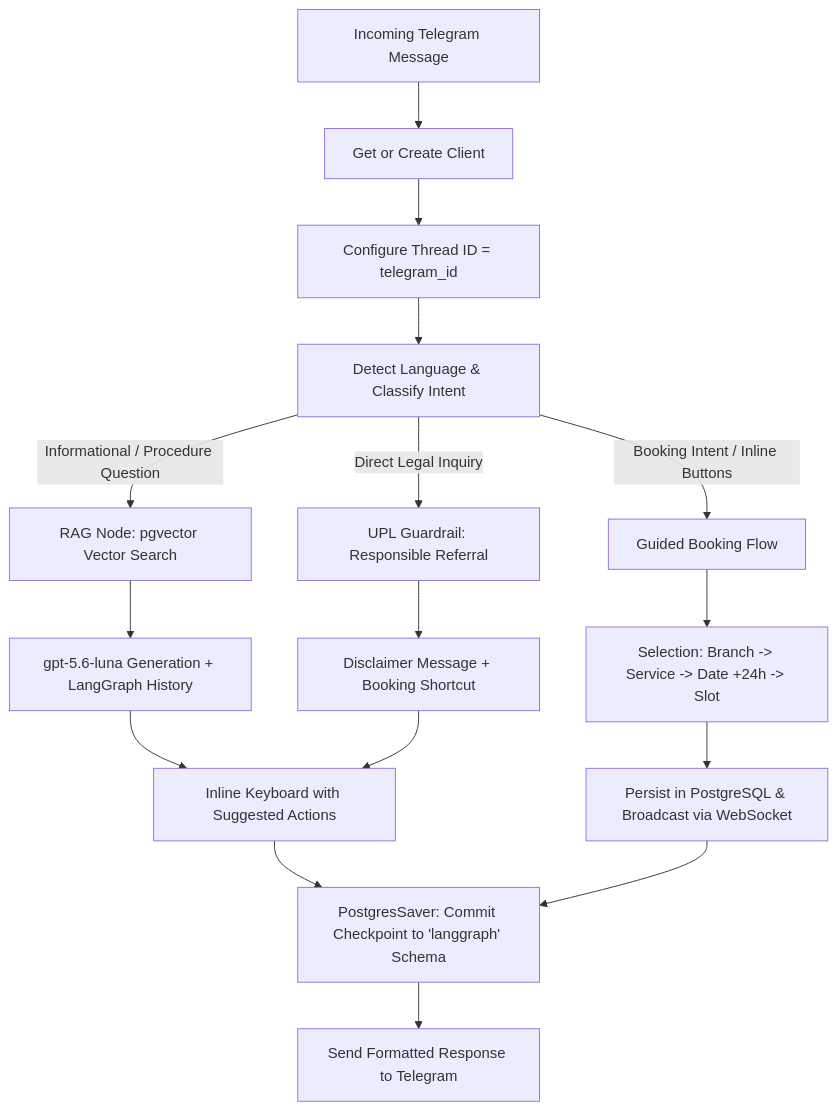
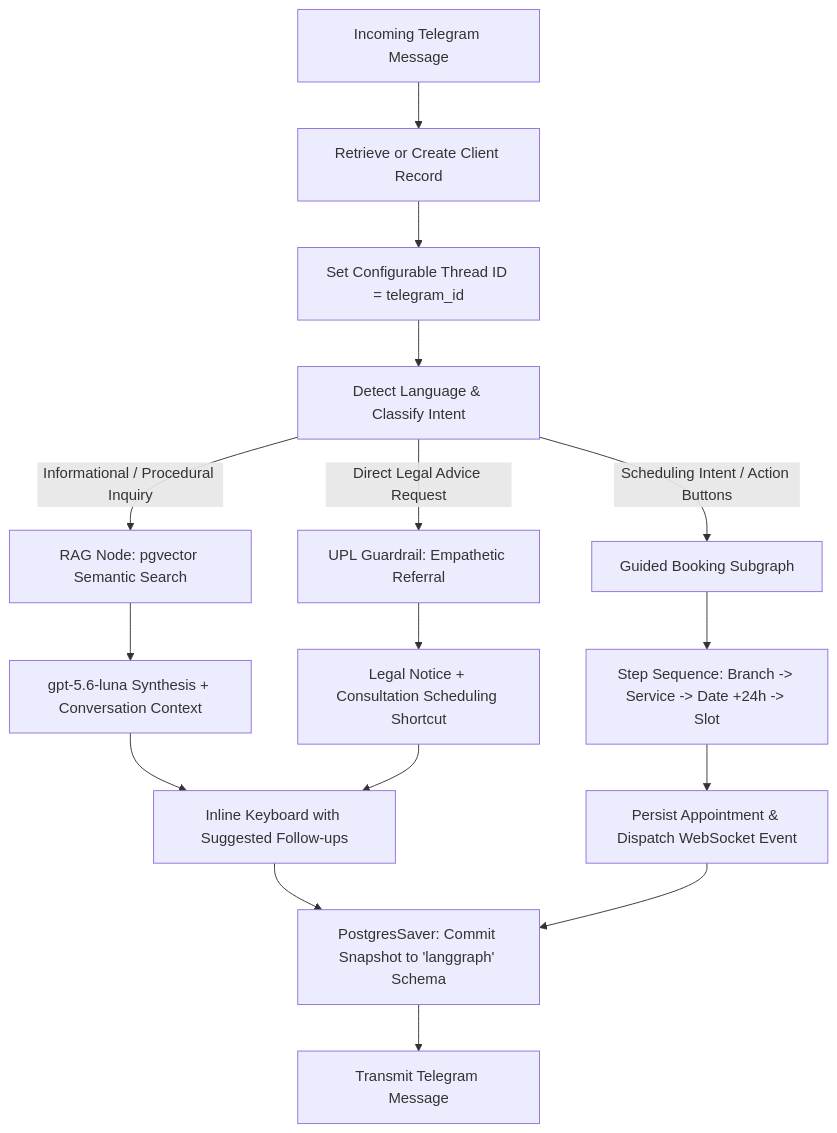
Before and after one commit to JeffersonMoreno-137/la-victoria: the second of 2 diagrams in README.md, drawn with Mermaid. The commit also changed other lines of this file, not shown here.

Commit message:
docs: modernize README for enterprise portfolio presentation, remove emojis, and add case study disclaimer

````diff
--- a/README.md
+++ b/README.md
@@ -225,22 +229,22 @@
 ```mermaid
 flowchart TD
-    A[Incoming Telegram Message] --> B[Get or Create Client]
-    B --> C[Configure Thread ID = telegram_id]
+    A[Incoming Telegram Message] --> B[Retrieve or Create Client Record]
+    B --> C[Set Configurable Thread ID = telegram_id]
     C --> D[Detect Language & Classify Intent]
     
-    D -->|Informational / Procedure Question| E[RAG Node: pgvector Vector Search]
-    D -->|Direct Legal Inquiry| F[UPL Guardrail: Responsible Referral]
-    D -->|Booking Intent / Inline Buttons| G[Guided Booking Flow]
+    D -->|Informational / Procedural Inquiry| E[RAG Node: pgvector Semantic Search]
+    D -->|Direct Legal Advice Request| F[UPL Guardrail: Empathetic Referral]
+    D -->|Scheduling Intent / Action Buttons| G[Guided Booking Subgraph]
     
-    E --> H[gpt-5.6-luna Generation + LangGraph History]
-    F --> I[Disclaimer Message + Booking Shortcut]
-    G --> J[Selection: Branch -> Service -> Date +24h -> Slot]
+    E --> H[gpt-5.6-luna Synthesis + Conversation Context]
+    F --> I[Legal Notice + Consultation Scheduling Shortcut]
+    G --> J[Step Sequence: Branch -> Service -> Date +24h -> Slot]
     
-    H --> K[Inline Keyboard with Suggested Actions]
+    H --> K[Inline Keyboard with Suggested Follow-ups]
     I --> K
-    J --> L[Persist in PostgreSQL & Broadcast via WebSocket]
+    J --> L[Persist Appointment & Dispatch WebSocket Event]
     
-    K --> M[PostgresSaver: Commit Checkpoint to 'langgraph' Schema]
+    K --> M[PostgresSaver: Commit Snapshot to 'langgraph' Schema]
     L --> M
-    M --> N[Send Formatted Response to Telegram]
+    M --> N[Transmit Telegram Message]
 ```
````
